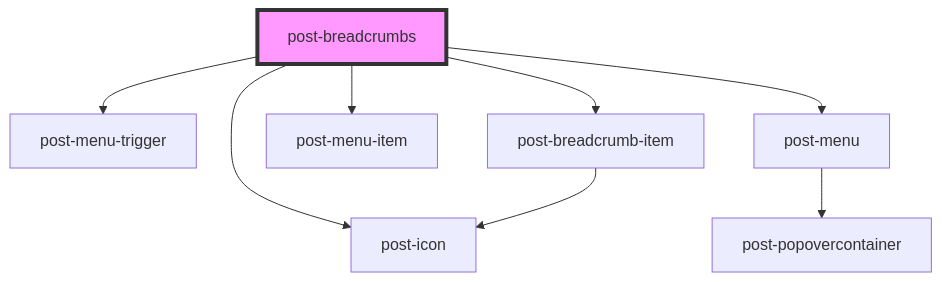
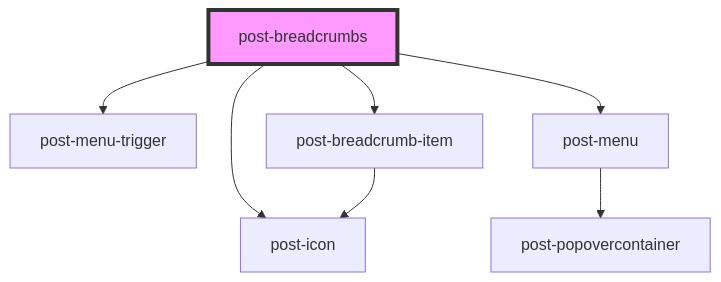
Before and after one commit to swisspost/design-system: the diagram in packages/components/src/components/post-breadcrumbs/readme.md, drawn with Mermaid. The commit also changed other lines of this file and 7 other files, not shown here.

Commit message:
chore: remove unnecessary post-menu-item

````diff
--- a/packages/components/src/components/post-breadcrumbs/readme.md
+++ b/packages/components/src/components/post-breadcrumbs/readme.md
@@ -27,11 +26,10 @@
 ```mermaid
 graph TD;
   post-breadcrumbs --> post-icon
   post-breadcrumbs --> post-menu-trigger
   post-breadcrumbs --> post-menu
-  post-breadcrumbs --> post-menu-item
   post-breadcrumbs --> post-breadcrumb-item
   post-menu --> post-popovercontainer
   post-breadcrumb-item --> post-icon
   style post-breadcrumbs fill:#f9f,stroke:#333,stroke-width:4px
 ```
````
